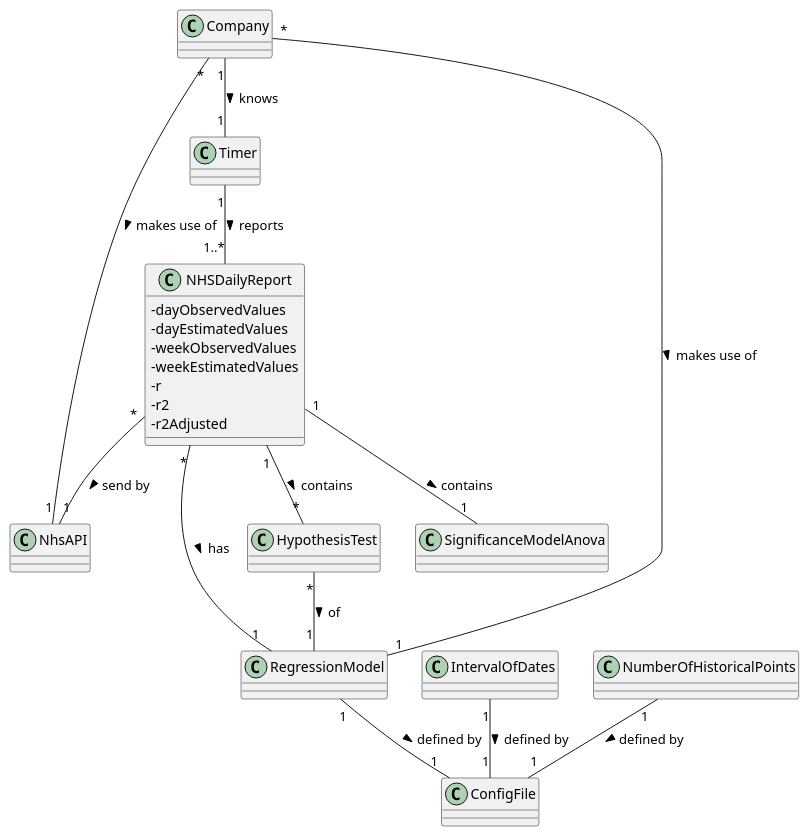
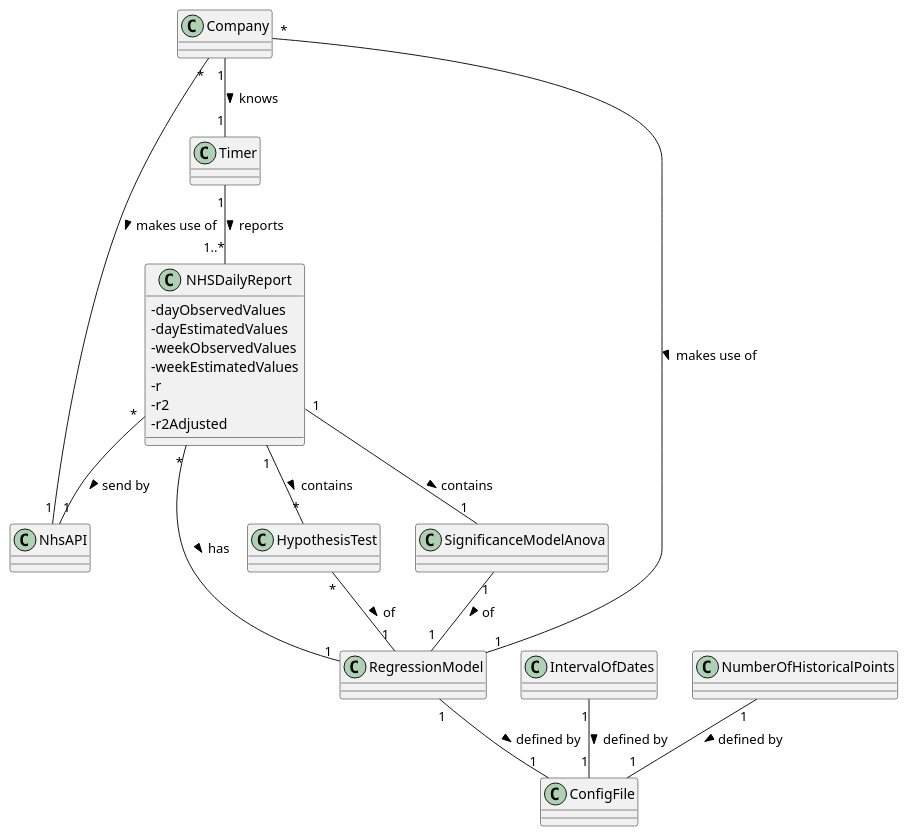
Before and after one commit to ana-albergaria/LAPR2-ISEP: the diagram in docs/SprintD/US_19/US19_DM.puml, drawn with PlantUML. The commit also changed 10 other files, not shown here.

Commit message:
US19 Starting to do Anova Significance Model for Simple Linear Regression

```diff
--- a/docs/SprintD/US_19/US19_DM.puml
+++ b/docs/SprintD/US_19/US19_DM.puml
@@ -1,50 +1,51 @@
 @startuml
 
 skinparam classAttributeIconSize 0
 
 class Timer {}
 class NhsAPI{}
 class NHSDailyReport {
 - dayObservedValues
 - dayEstimatedValues
 - weekObservedValues
 - weekEstimatedValues
 - r
 - r2
 - r2Adjusted
 }
 
 class RegressionModel {}
 
 class ConfigFile {}
 
 'The interval of dates to fit the regression model
 class IntervalOfDates {}
 
 'Number of days and number of weeks
 class NumberOfHistoricalPoints {}
 
 'hypothesis tests for regression coefficients
 class HypothesisTest {}
 
 'significance model with Anova.
 class SignificanceModelAnova {}
 
 Timer "1" -- "1..*" NHSDailyReport : reports >
 Company "1" -- "1" Timer : knows >
 Company "*" - "1" NhsAPI : makes use of >
 NHSDailyReport "*" -- "1" NhsAPI : send by >
 NHSDailyReport "*" -- "1" RegressionModel : has >
 NHSDailyReport "1" -- "*" HypothesisTest : contains >
 NHSDailyReport "1" -- "1" SignificanceModelAnova : contains >
 Company "*" -- "1" RegressionModel : makes use of >
 HypothesisTest "*" -- "1" RegressionModel : of >
+SignificanceModelAnova "1" -- "1" RegressionModel : of >
 
 'Apagar posteriormente
 RegressionModel "1" -- "1" ConfigFile : defined by >
 IntervalOfDates "1" -- "1" ConfigFile : defined by >
 NumberOfHistoricalPoints "1" -- "1" ConfigFile : defined by >
 
 
 
 @enduml
```
